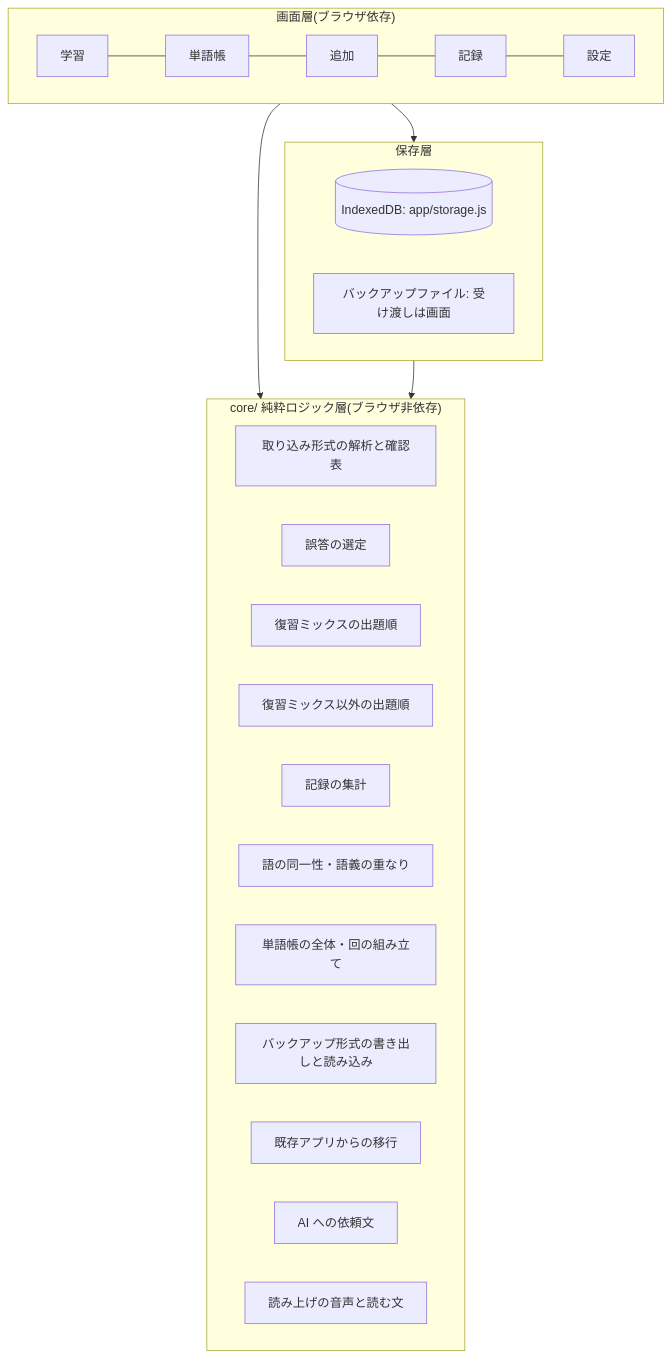
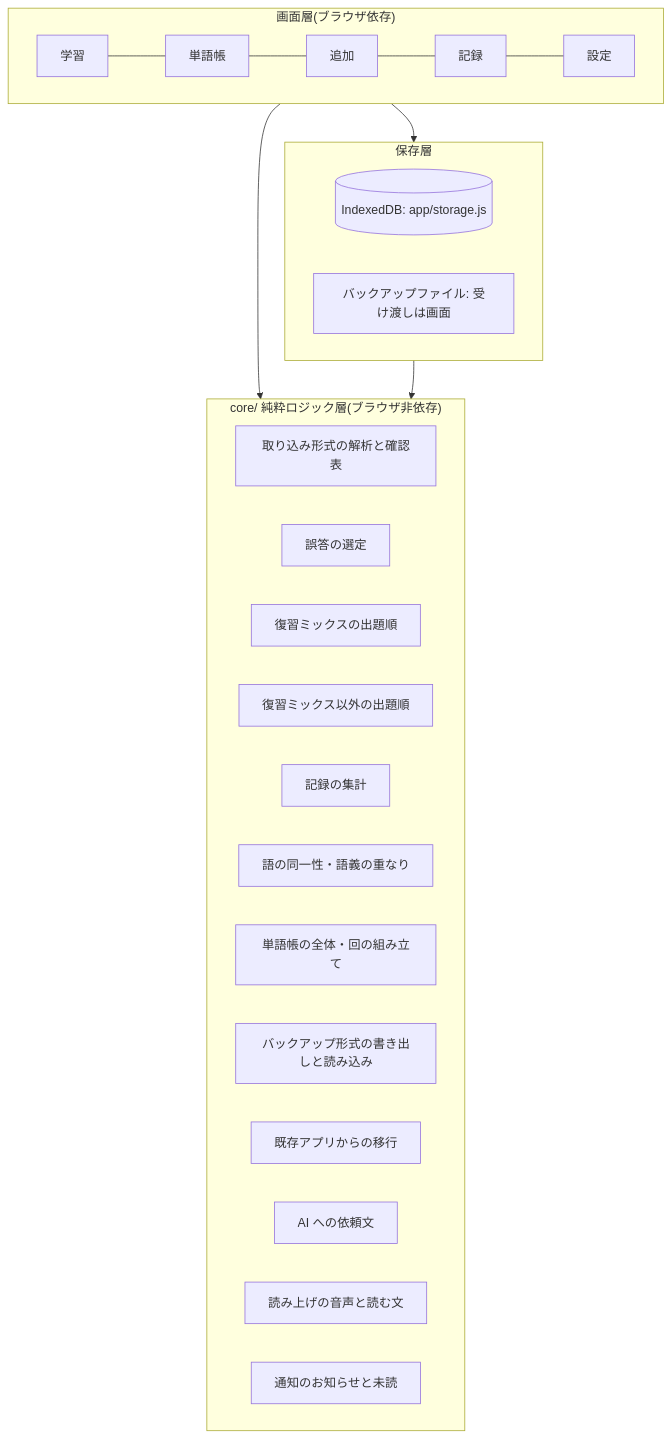
The diagram in Docs/10_Design.md (Hirano-Soura/tango-drill), drawn with Mermaid before and after one commit. The commit also changed other lines of this file and 40 other files, not shown here.

````diff
--- a/Docs/10_Design.md
+++ b/Docs/10_Design.md
@@ -37,29 +39,30 @@
 ```mermaid
 flowchart TB
   subgraph UI["画面層(ブラウザ依存)"]
     A[学習] --- B[単語帳]
     B --- C[追加]
     C --- D[記録]
     D --- E[設定]
   end
   subgraph CORE["core/ 純粋ロジック層(ブラウザ非依存)"]
     P[取り込み形式の解析と確認表]
     Q[誤答の選定]
     R[復習ミックスの出題順]
     O[復習ミックス以外の出題順]
     S[記録の集計]
     T[語の同一性・語義の重なり]
     K[単語帳の全体・回の組み立て]
     V[バックアップ形式の書き出しと読み込み]
     M[既存アプリからの移行]
     G[AI への依頼文]
     W[読み上げの音声と読む文]
+    N[通知のお知らせと未読]
   end
   subgraph STORE["保存層"]
     I[(IndexedDB: app/storage.js)]
     F[バックアップファイル: 受け渡しは画面]
   end
   UI --> CORE
   UI --> STORE
   STORE --> CORE
 ```
````
